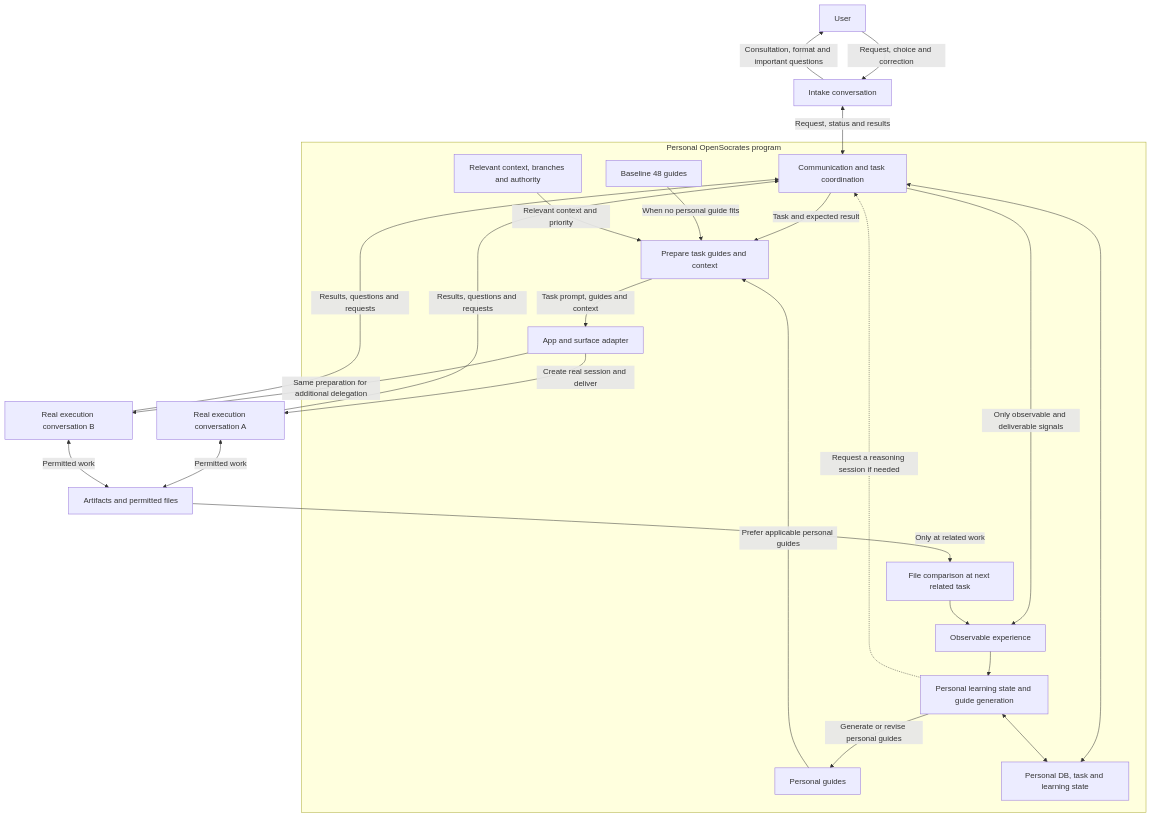
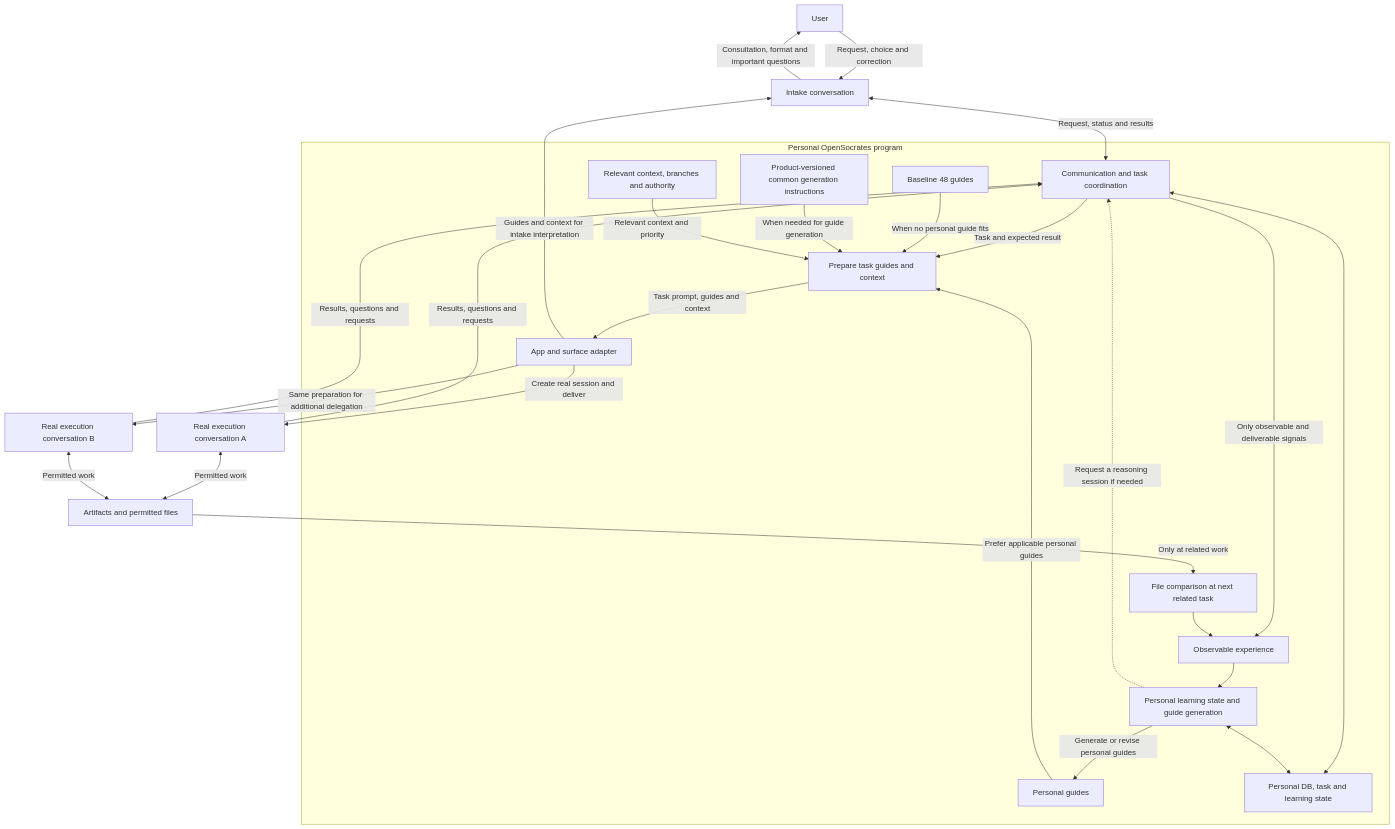
Before and after one commit to ParkerHwang/OpenSocrates: the first of 2 diagrams in docs/v2.0/SYSTEM_2.0.md, drawn with Mermaid. The commit also changed other lines of this file and 8 other files, not shown here.

````diff
--- a/docs/v2.0/SYSTEM_2.0.md
+++ b/docs/v2.0/SYSTEM_2.0.md
@@ -32,45 +32,48 @@
 ```mermaid
 flowchart TD
     user["User"]
     intake["Intake conversation"]
     worker["Real execution conversation A"]
     worker2["Real execution conversation B"]
     artifact["Artifacts and permitted files"]
 
     subgraph os["Personal OpenSocrates program"]
         channel["Communication and task coordination"]
         select["Prepare task guides and context"]
         base["Baseline 48 guides"]
         personal["Personal guides"]
+        generator["Product-versioned common generation instructions"]
         context["Relevant context, branches and authority"]
         adapter["App and surface adapter"]
         state["Personal DB, task and learning state"]
         signal["Observable experience"]
         compare["File comparison at next related task"]
         learn["Personal learning state and guide generation"]
 
         channel -->|"Task and expected result"| select
         base -->|"When no personal guide fits"| select
         personal -->|"Prefer applicable personal guides"| select
+        generator -->|"When needed for guide generation"| select
         context -->|"Relevant context and priority"| select
         select -->|"Task prompt, guides and context"| adapter
         channel <--> state
         channel -->|"Only observable and deliverable signals"| signal
         compare --> signal
         signal --> learn
         learn -->|"Generate or revise personal guides"| personal
         learn <--> state
         learn -.->|"Request a reasoning session if needed"| channel
     end
 
     user -->|"Request, choice and correction"| intake
     intake -->|"Consultation, format and important questions"| user
     intake <-->|"Request, status and results"| channel
+    adapter -->|"Guides and context for intake interpretation"| intake
     adapter -->|"Create real session and deliver"| worker
     adapter -->|"Same preparation for additional delegation"| worker2
     worker -->|"Results, questions and requests"| channel
     worker2 -->|"Results, questions and requests"| channel
     worker <-->|"Permitted work"| artifact
     worker2 <-->|"Permitted work"| artifact
     artifact -->|"Only at related work"| compare
 ```
````
